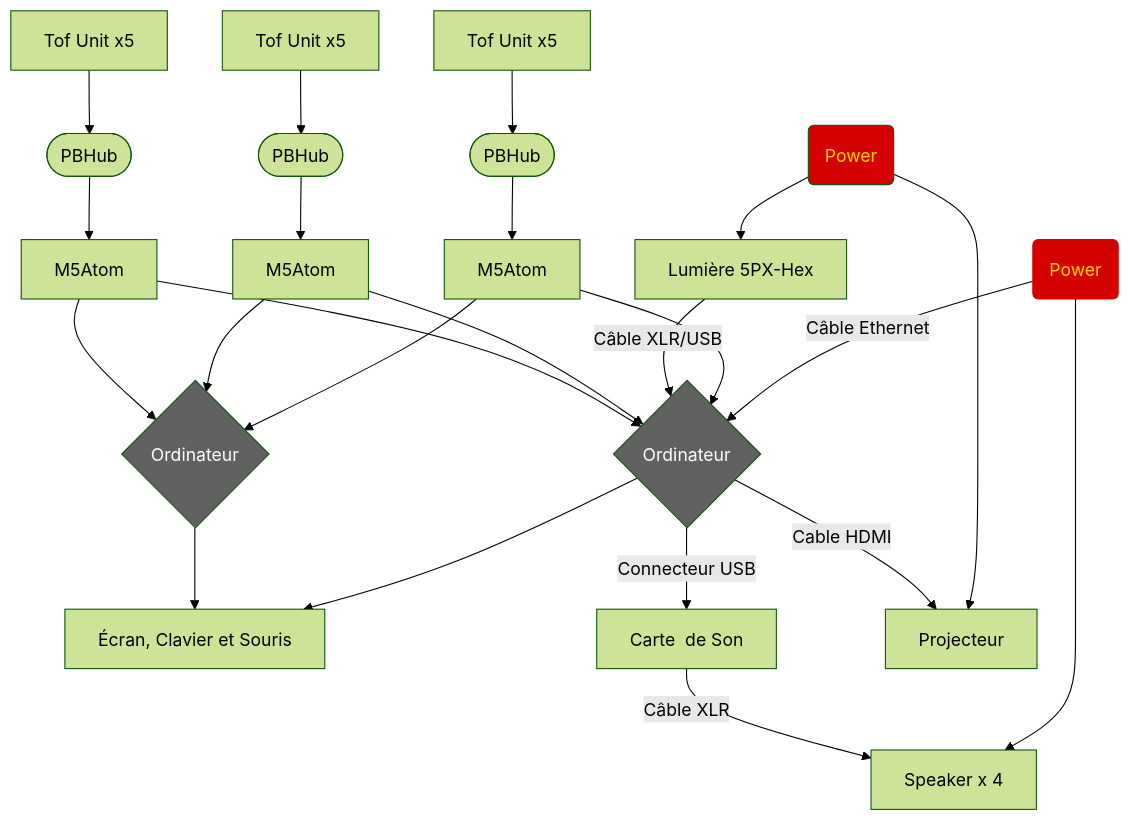
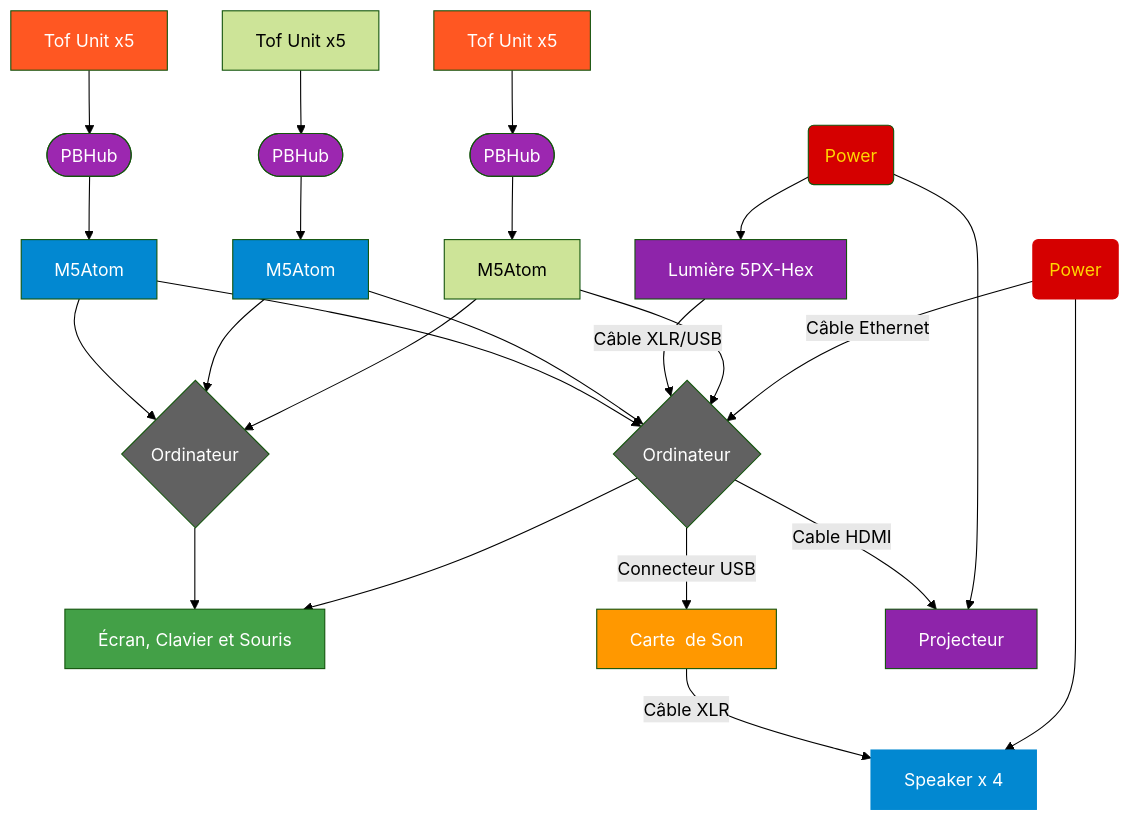
The diagram in 30_production/30_synoptique/README.md (Ethereal-Creators/Etheria), drawn with Mermaid (forest theme) before and after one commit.

````diff
--- a/30_production/30_synoptique/README.md
+++ b/30_production/30_synoptique/README.md
@@ -2,35 +2,48 @@
 ```mermaid
 flowchart TD
     n1["Power"] --> n2["Speaker x 4"]
     n1 -- Câble Ethernet --> n3["Ordinateur"]
     n3 --> n10["Écran, Clavier et Souris"]
     n3 -- Connecteur USB --> n11["Carte&nbsp; de Son"]
     n4["M5Atom"] --> n13["Ordinateur"] & n3
     n7["Power"] --> n8["Projecteur"] & n9["Lumière 5PX-Hex"]
     n9 -- Câble XLR/USB --> n3
     n11 -- Câble XLR --> n2
     n16["M5Atom"] --> n13 & n3
     n14["M5Atom"] --> n13 & n3
     n13 --> n10
     n15["Tof Unit x5"] --> n18(["PBHub"])
     n18 --> n14
     n5["Tof Unit x5"] --> n19(["PBHub"])
     n17["Tof Unit x5"] --> n20(["PBHub"])
     n19 --> n16
     n20 --> n4
     n3 -- Cable HDMI --> n8
 
     n1@{ shape: rounded}
     n2@{ shape: rect}
     n3@{ shape: diam}
     n13@{ shape: diam}
     n7@{ shape: rounded}
     n16@{ shape: rect}
     n14@{ shape: rect}
     n15@{ shape: rect}
     n17@{ shape: rect}
     style n1 stroke:#D50000,fill:#D50000,color:#FFD600
+    style n2 stroke:#0288D1,fill:#0288D1,color:#FFFFFF
     style n3 fill:#616161,color:#FFFFFF
     style n13 fill:#616161,color:#FFFFFF
     style n7 fill:#D50000,color:#FFD600
+    style n10 fill:#43A047,color:#FFFFFF
+    style n11 fill:#FF9800,color:#FFFFFF
+    style n8 fill:#8E24AA,color:#FFFFFF
+    style n9 fill:#8E24AA,color:#FFFFFF
+    style n16 fill:#0288D1,color:#FFFFFF
+    style n14 fill:#0288D1,color:#FFFFFF
+    style n15 fill:#FF5722,color:#FFFFFF
+    style n17 fill:#FF5722,color:#FFFFFF
+    style n18 fill:#9C27B0,color:#FFFFFF
+    style n19 fill:#9C27B0,color:#FFFFFF
+    style n20 fill:#9C27B0,color:#FFFFFF
+
 ```
````
